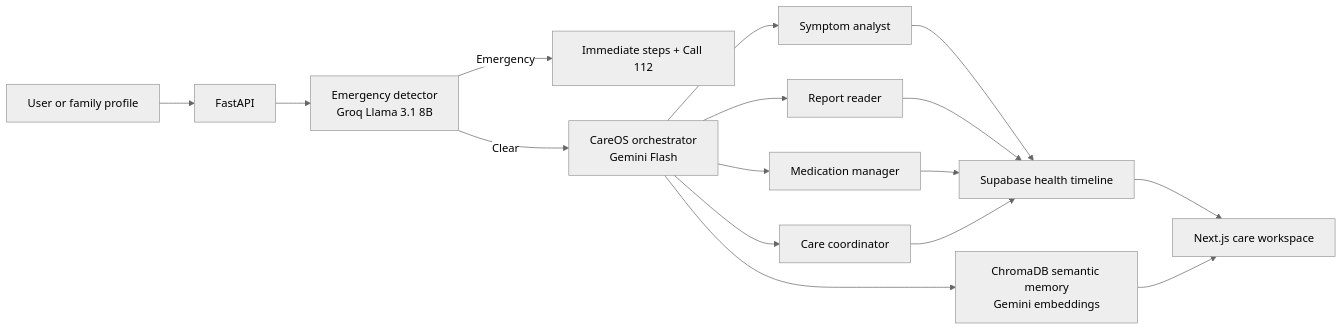
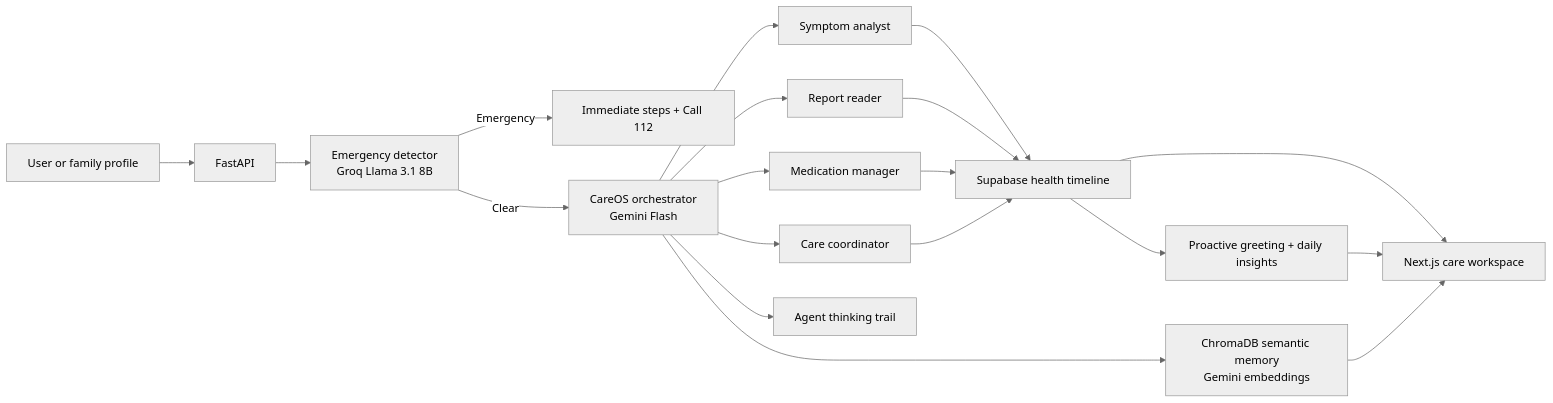
The first of 2 diagrams in README.md (Ayushstark/Far_Away), drawn with Mermaid (neutral theme) before and after one commit. The commit also changed other lines of this file and 16 other files, not shown here.

````diff
--- a/README.md
+++ b/README.md
@@ -45,14 +50,17 @@
 ```mermaid
 flowchart LR
     U["User or family profile"] --> API["FastAPI"]
     API --> E["Emergency detector<br/>Groq Llama 3.1 8B"]
     E -->|Emergency| ALERT["Immediate steps + Call 112"]
     E -->|Clear| O["CareOS orchestrator<br/>Gemini Flash"]
     O --> S["Symptom analyst"]
     O --> R["Report reader"]
     O --> M["Medication manager"]
     O --> C["Care coordinator"]
+    O --> TRAIL["Agent thinking trail"]
     S & R & M & C --> DB["Supabase health timeline"]
     O --> MEM["ChromaDB semantic memory<br/>Gemini embeddings"]
     DB & MEM --> UI["Next.js care workspace"]
+    DB --> PRO["Proactive greeting + daily insights"]
+    PRO --> UI
 ```
````
